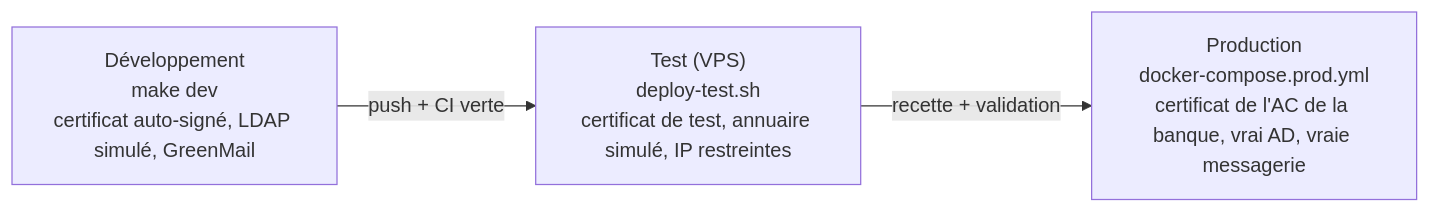
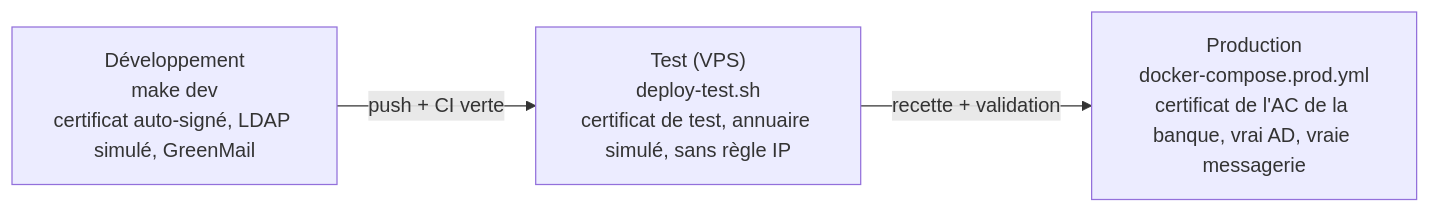
One commit to irs269/EximPhone changed diagram 13 of 16 in docs/fr/guide-technique.md. Above: the diagram before and after it, drawn with Mermaid. The commit also changed other lines of this file and 9 other files, not shown here.

Commit message:
Test phase: no IP restriction on clock-in (ENFORCE_SITE_NETWORK, on by default, off in docker-compose.test.yml); deploy-test.sh no longer needs tester addresses

````diff
--- a/docs/fr/guide-technique.md
+++ b/docs/fr/guide-technique.md
@@ -389,7 +389,7 @@
 ```mermaid
 flowchart LR
   dev["Développement<br/>make dev<br/>certificat auto-signé, LDAP simulé, GreenMail"]
-  test["Test (VPS)<br/>deploy-test.sh<br/>certificat de test, annuaire simulé, IP restreintes"]
+  test["Test (VPS)<br/>deploy-test.sh<br/>certificat de test, annuaire simulé, sans règle IP"]
   prod["Production<br/>docker-compose.prod.yml<br/>certificat de l'AC de la banque, vrai AD, vraie messagerie"]
   dev -->|"push + CI verte"| test -->|"recette + validation"| prod
 ```
````
